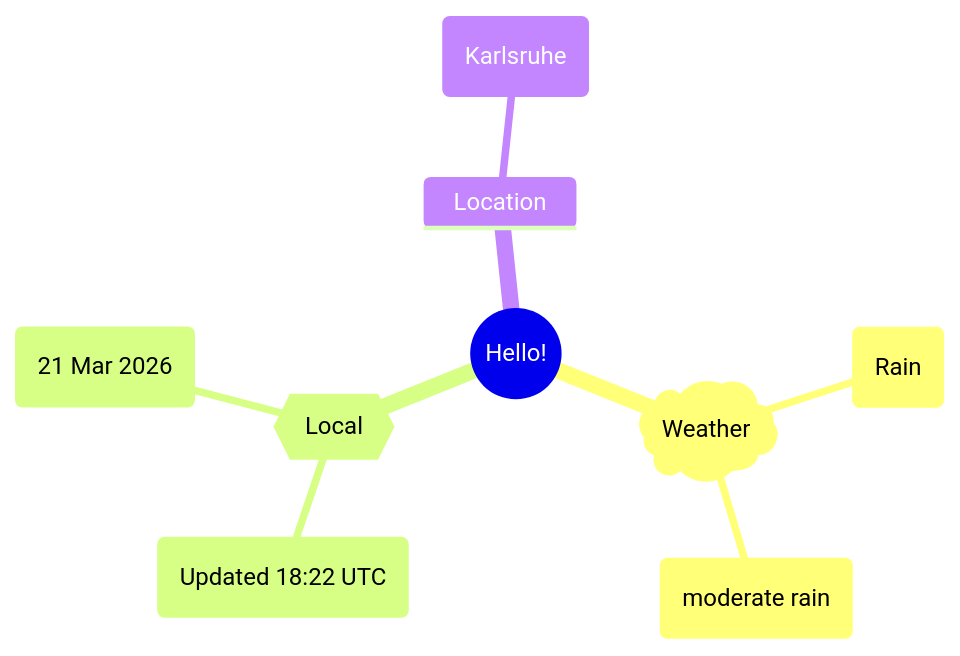
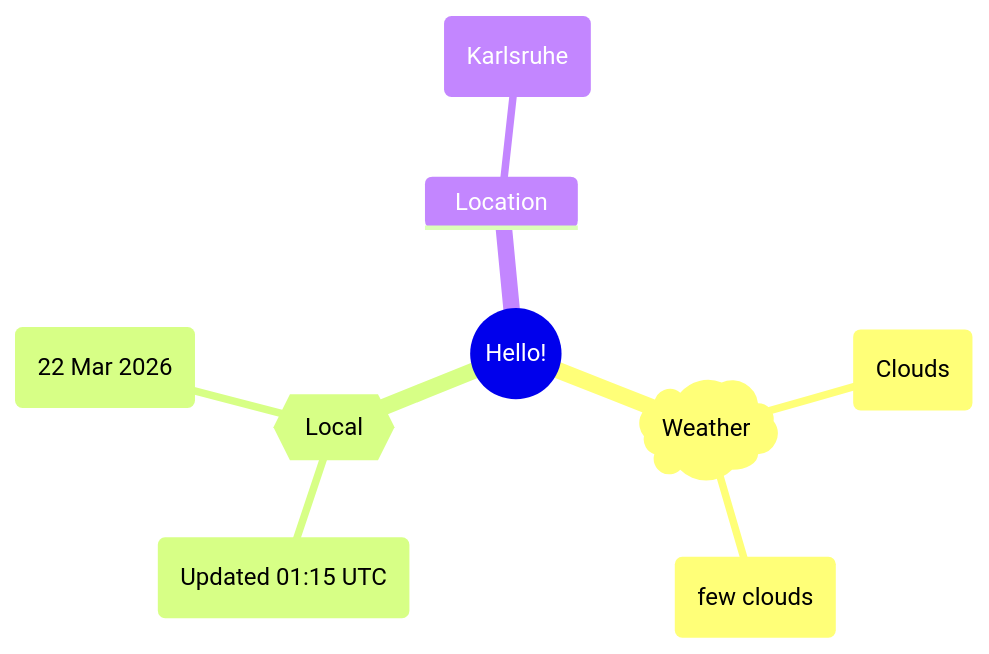
Before and after one commit to Xosrov/Xosrov: the first of 2 diagrams in README.md, drawn with Mermaid.

Commit message:
[bot] updated images

````diff
--- a/README.md
+++ b/README.md
@@ -3,12 +3,12 @@
 ```mermaid
 mindmap
   root((Hello!))
     )Weather(
-        (Rain)
-        (moderate rain)
+        (Clouds)
+        (few clouds)
     {{Local}}
-        (Updated 18:22 UTC)
-        (21 Mar 2026)
+        (Updated 01:15 UTC)
+        (22 Mar 2026)
     Location
         (Karlsruhe)
 ```
````
